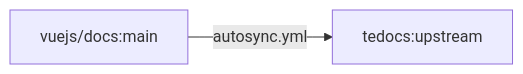
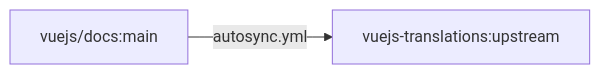
Before and after one commit to tedocs/docs-zh-cn: the first of 2 diagrams in .github/scripts/auto-pr/README.md, drawn with Mermaid. The commit also changed other lines of this file and 8 other files, not shown here.

````diff
--- a/.github/scripts/auto-pr/README.md
+++ b/.github/scripts/auto-pr/README.md
@@ -27,4 +39,4 @@
 ```mermaid
 graph LR
-    A[vuejs/docs:main] -->|autosync.yml| B[tedocs:upstream]
+    A[vuejs/docs:main] -->|autosync.yml| B[vuejs-translations:upstream]
 ```
````
